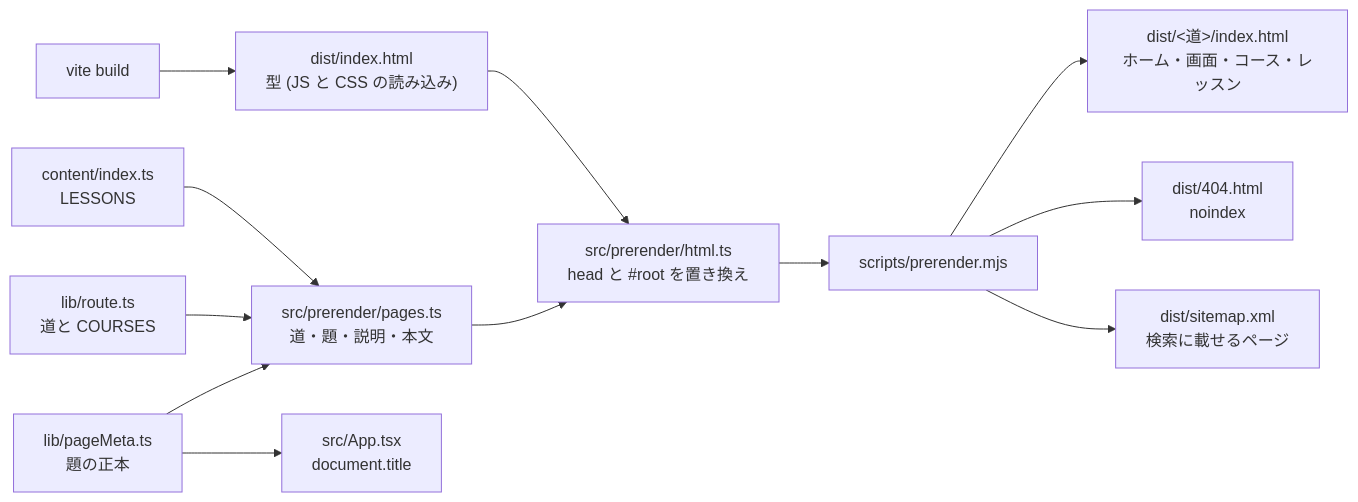
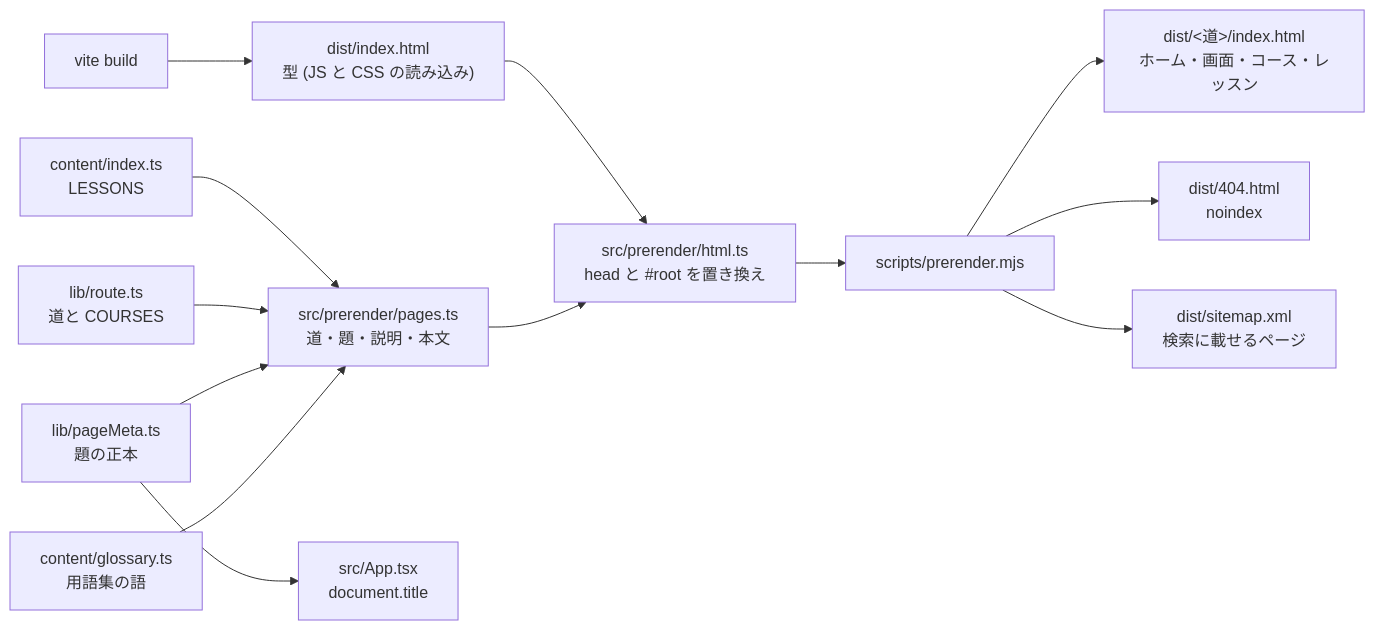
One commit to maco165/gantlo changed the third of 3 diagrams in README.md. Above: the diagram before and after it, drawn with Mermaid. The commit also changed other lines of this file and 1 other file, not shown here.

````diff
--- a/README.md
+++ b/README.md
@@ -90,14 +102,15 @@
 ```mermaid
 flowchart LR
   build["vite build"] --> tpl["dist/index.html<br/>型 (JS と CSS の読み込み)"]
   content["content/index.ts<br/>LESSONS"] --> pages["src/prerender/pages.ts<br/>道・題・説明・本文"]
   route["lib/route.ts<br/>道と COURSES"] --> pages
   meta["lib/pageMeta.ts<br/>題の正本"] --> pages
   meta --> app["src/App.tsx<br/>document.title"]
+  glossary["content/glossary.ts<br/>用語集の語"] --> pages
   tpl --> html["src/prerender/html.ts<br/>head と #root を置き換え"]
   pages --> html
   html --> pre["scripts/prerender.mjs"]
   pre --> out["dist/#lt;道#gt;/index.html<br/>ホーム・画面・コース・レッスン"]
   pre --> nf["dist/404.html<br/>noindex"]
   pre --> sm["dist/sitemap.xml<br/>検索に載せるページ"]
 ```
````
